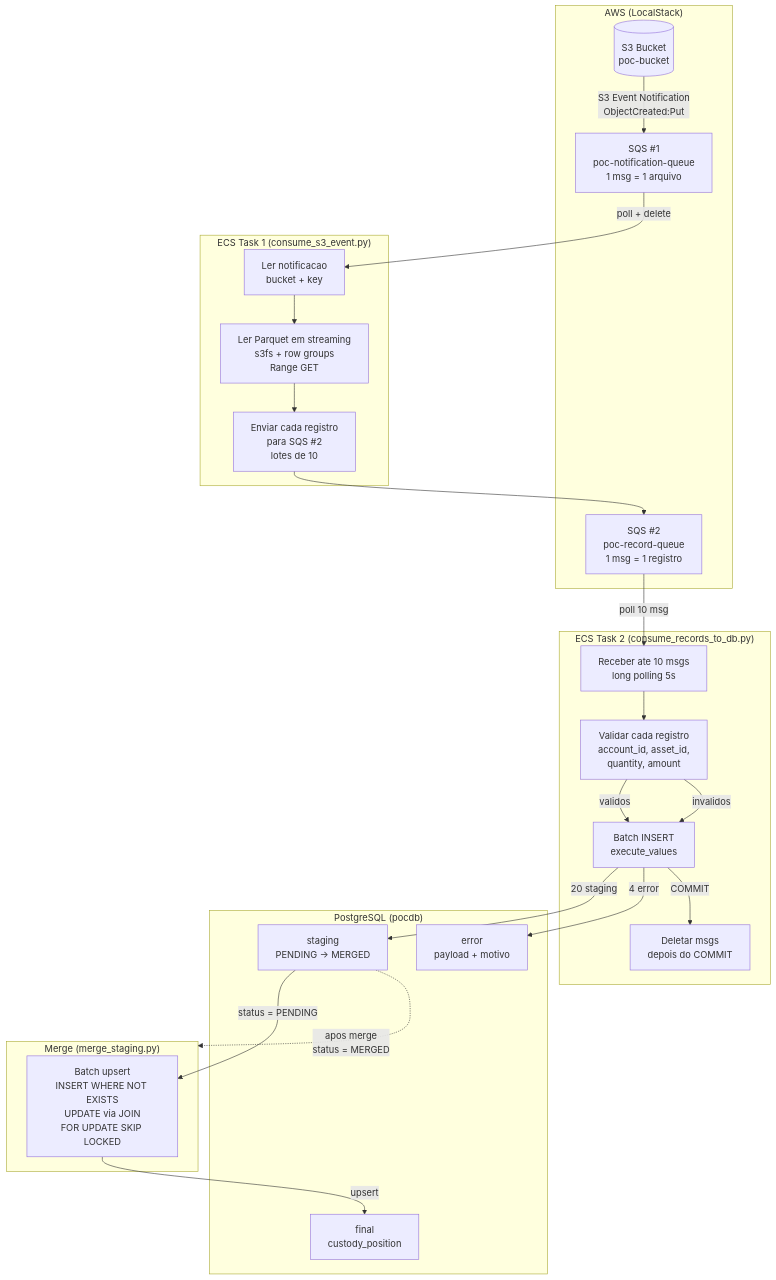
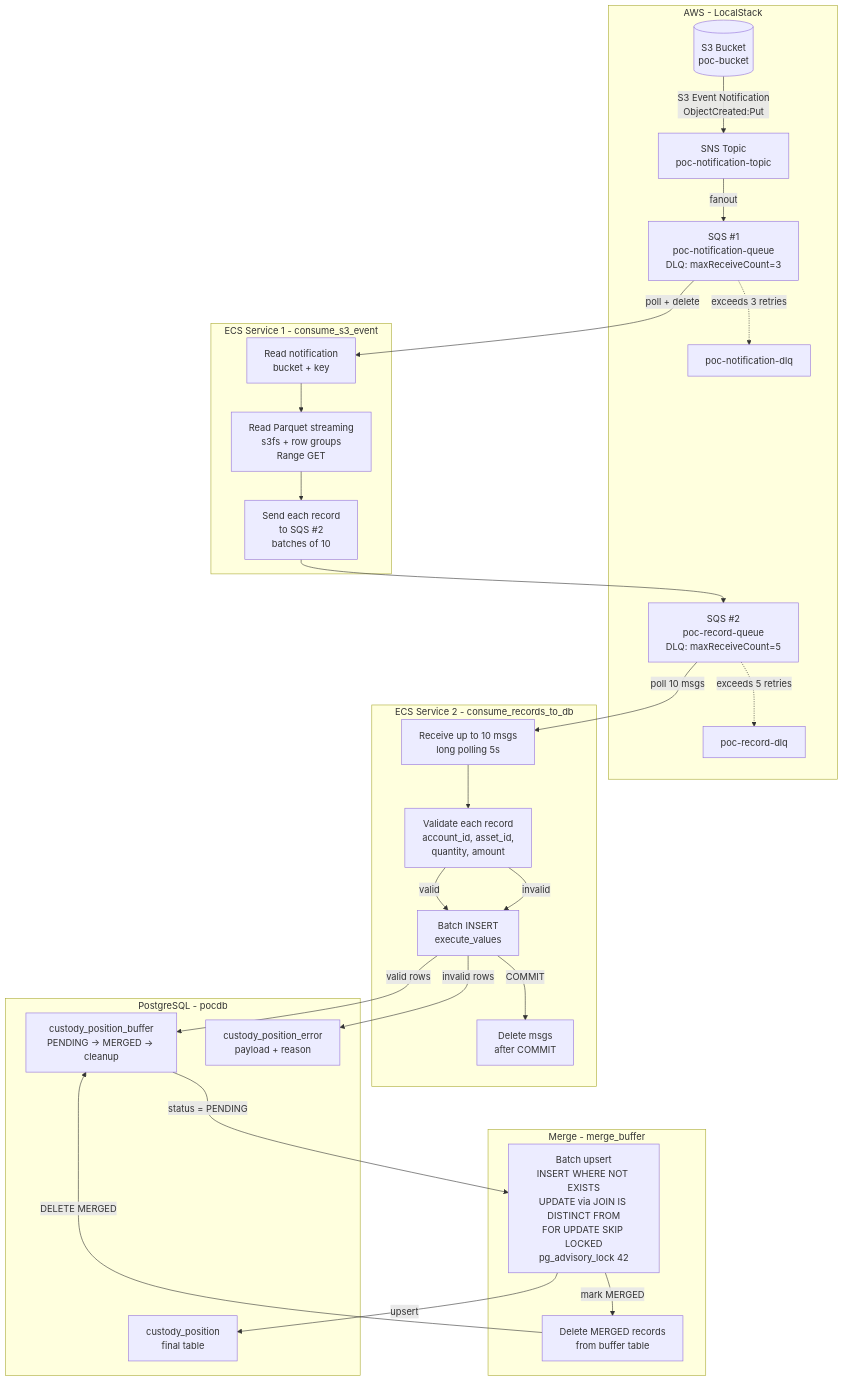
One commit to ortizgui/poc-parquet-staging-postgresql changed the diagram in README.md. Above: the diagram before and after it, drawn with Mermaid. The commit also changed other lines of this file and 12 other files, not shown here.

First line of the commit message:
feat(v3): resilient ingestion - SNS, DLQs, buffer table, ECS containers (#3)

````diff
--- a/README.md
+++ b/README.md
@@ -7,51 +7,58 @@
 ```mermaid
 flowchart TD
-    subgraph AWS ["AWS (LocalStack)"]
-        S3[(S3 Bucket\npoc-bucket)]
-        SQS1[SQS #1\npoc-notification-queue\n1 msg = 1 arquivo]
-        SQS2[SQS #2\npoc-record-queue\n1 msg = 1 registro]
+    subgraph AWS [AWS - LocalStack]
+        S3[(S3 Bucket<br/>poc-bucket)]
+        SNS[SNS Topic<br/>poc-notification-topic]
+        SQS1[SQS #1<br/>poc-notification-queue<br/>DLQ: maxReceiveCount=3]
+        SQS2[SQS #2<br/>poc-record-queue<br/>DLQ: maxReceiveCount=5]
+        DLQ1[poc-notification-dlq]
+        DLQ2[poc-record-dlq]
     end
 
-    subgraph ECS1 ["ECS Task 1 (consume_s3_event.py)"]
-        LER[Ler notificacao\nbucket + key]
-        PARQUET[Ler Parquet em streaming\ns3fs + row groups\nRange GET]
-        ENVIAR[Enviar cada registro\npara SQS #2\nlotes de 10]
+    subgraph ECS1 [ECS Service 1 - consume_s3_event]
+        LER[Read notification<br/>bucket + key]
+        PARQUET[Read Parquet streaming<br/>s3fs + row groups<br/>Range GET]
+        ENVIAR[Send each record<br/>to SQS #2<br/>batches of 10]
     end
 
-    subgraph ECS2 ["ECS Task 2 (consume_records_to_db.py)"]
-        RECEBER[Receber ate 10 msgs\nlong polling 5s]
-        VALIDAR[Validar cada registro\naccount_id, asset_id,\nquantity, amount]
-        BATCH[Batch INSERT\nexecute_values]
-        DELETAR[Deletar msgs\ndepois do COMMIT]
+    subgraph ECS2 [ECS Service 2 - consume_records_to_db]
+        RECEBER[Receive up to 10 msgs<br/>long polling 5s]
+        VALIDAR[Validate each record<br/>account_id, asset_id,<br/>quantity, amount]
+        BATCH[Batch INSERT<br/>execute_values]
+        DELETAR[Delete msgs<br/>after COMMIT]
     end
 
-    subgraph DB ["PostgreSQL (pocdb)"]
-        STAGING[staging\nPENDING -> MERGED]
-        ERRO[error\npayload + motivo]
-        FINAL[final\ncustody_position]
+    subgraph DB [PostgreSQL - pocdb]
+        BUFFER[custody_position_buffer<br/>PENDING -> MERGED -> cleanup]
+        ERRO[custody_position_error<br/>payload + reason]
+        FINAL[custody_position<br/>final table]
     end
 
-    subgraph MERGE ["Merge (merge_staging.py)"]
-        UPSERT[Batch upsert\nINSERT WHERE NOT EXISTS\nUPDATE via JOIN\nFOR UPDATE SKIP LOCKED]
+    subgraph MERGE [Merge - merge_buffer]
+        UPSERT[Batch upsert<br/>INSERT WHERE NOT EXISTS<br/>UPDATE via JOIN IS DISTINCT FROM<br/>FOR UPDATE SKIP LOCKED<br/>pg_advisory_lock 42]
+        CLEANUP[Delete MERGED records<br/>from buffer table]
     end
 
-    S3 -->|S3 Event Notification\nObjectCreated:Put| SQS1
+    S3 -->|S3 Event Notification<br/>ObjectCreated:Put| SNS
+    SNS -->|fanout| SQS1
     SQS1 -->|poll + delete| LER
+    SQS1 -.->|exceeds 3 retries| DLQ1
     LER --> PARQUET
     PARQUET --> ENVIAR
     ENVIAR --> SQS2
-    
-    SQS2 -->|poll 10 msg| RECEBER
+    SQS2 -.->|exceeds 5 retries| DLQ2
+
+    SQS2 -->|poll 10 msgs| RECEBER
     RECEBER --> VALIDAR
-    VALIDAR -->|validos| BATCH
-    VALIDAR -->|invalidos| BATCH
+    VALIDAR -->|valid| BATCH
+    VALIDAR -->|invalid| BATCH
     BATCH -->|COMMIT| DELETAR
-    
-    BATCH -->|20 staging| STAGING
-    BATCH -->|4 error| ERRO
-    
-    STAGING -->|status = PENDING| UPSERT
+
+    BATCH -->|valid rows| BUFFER
+    BATCH -->|invalid rows| ERRO
+
+    BUFFER -->|status = PENDING| UPSERT
     UPSERT -->|upsert| FINAL
-    
-    STAGING -.->|apos merge\nstatus = MERGED| MERGE
+    UPSERT -->|mark MERGED| CLEANUP
+    CLEANUP -->|DELETE MERGED| BUFFER
 ```
````
